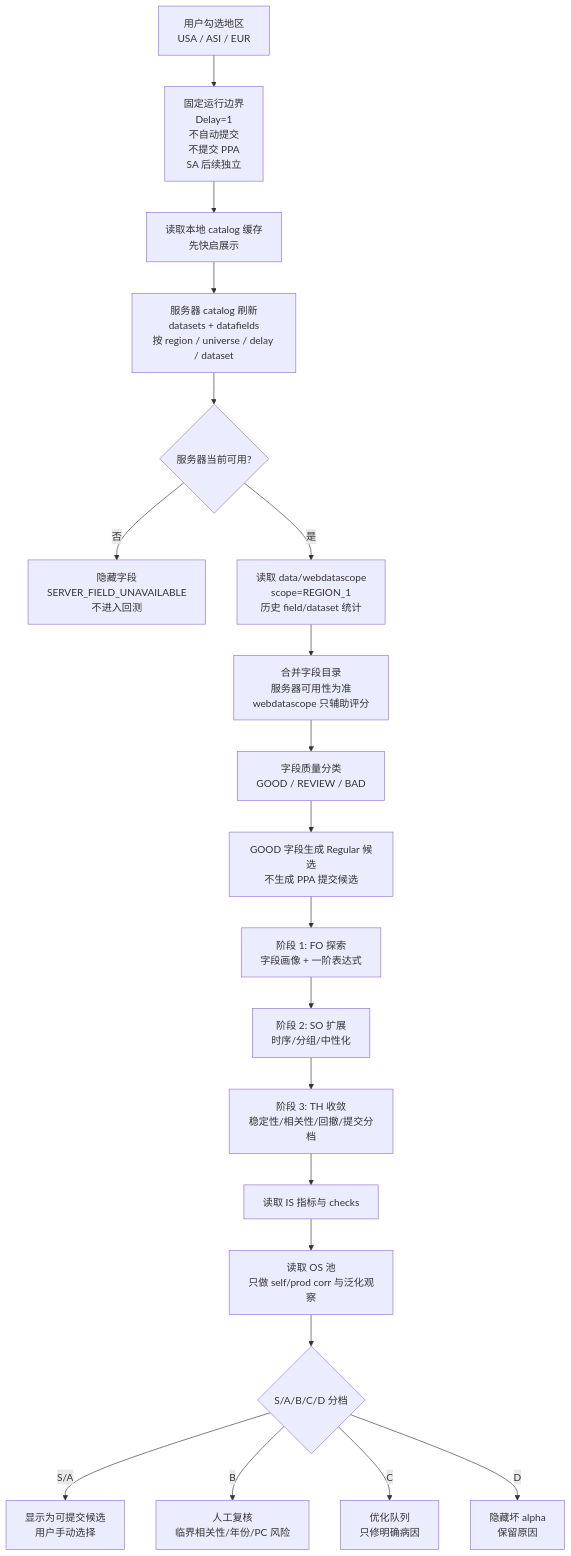
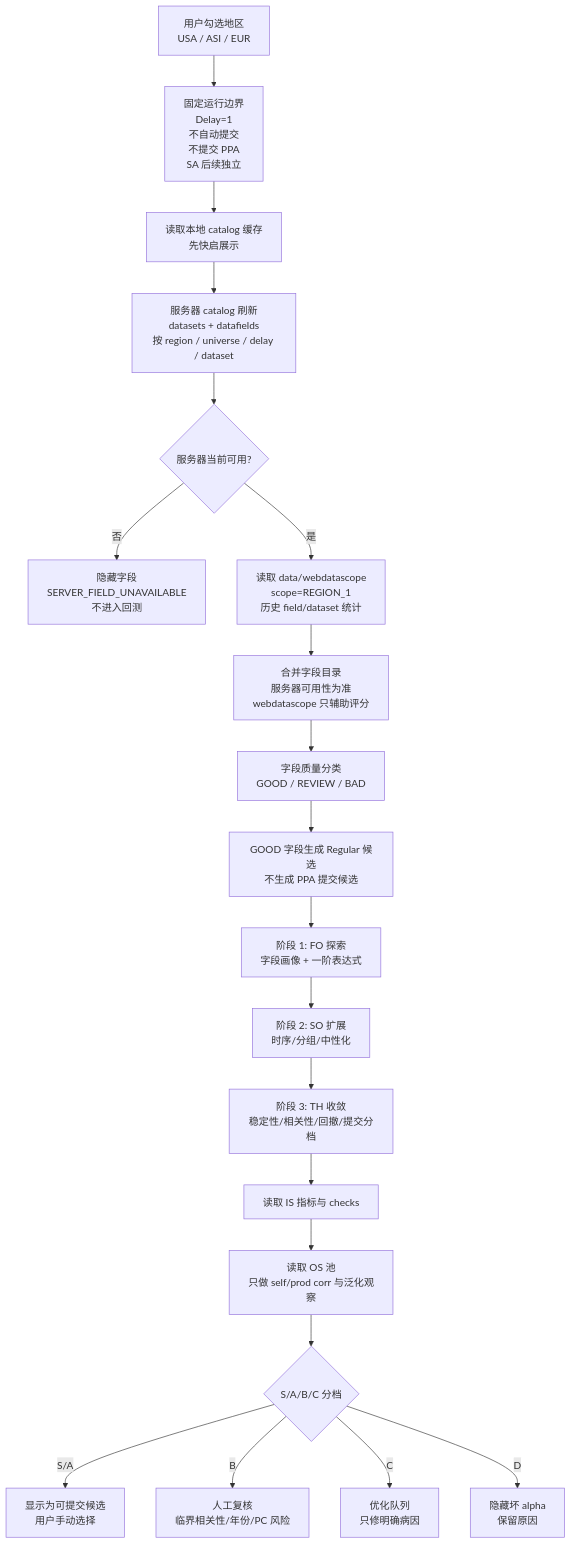
Before and after one commit to LuckDogGuan/WQ-Consultant: the first of 3 diagrams in doc/workflow/candidate_submission_workflow.md, drawn with Mermaid. The commit also changed other lines of this file and 35 other files, not shown here.

````diff
--- a/doc/workflow/candidate_submission_workflow.md
+++ b/doc/workflow/candidate_submission_workflow.md
@@ -98,22 +98,22 @@
 ```mermaid
 flowchart TD
     A["用户勾选地区<br/>USA / ASI / EUR"] --> B["固定运行边界<br/>Delay=1<br/>不自动提交<br/>不提交 PPA<br/>SA 后续独立"]
     B --> C["读取本地 catalog 缓存<br/>先快启展示"]
     C --> D["服务器 catalog 刷新<br/>datasets + datafields<br/>按 region / universe / delay / dataset"]
     D --> E{"服务器当前可用?"}
     E -->|否| E1["隐藏字段<br/>SERVER_FIELD_UNAVAILABLE<br/>不进入回测"]
     E -->|是| F["读取 data/webdatascope<br/>scope=REGION_1<br/>历史 field/dataset 统计"]
     F --> G["合并字段目录<br/>服务器可用性为准<br/>webdatascope 只辅助评分"]
     G --> H["字段质量分类<br/>GOOD / REVIEW / BAD"]
     H --> I["GOOD 字段生成 Regular 候选<br/>不生成 PPA 提交候选"]
     I --> J["阶段 1: FO 探索<br/>字段画像 + 一阶表达式"]
     J --> K["阶段 2: SO 扩展<br/>时序/分组/中性化"]
     K --> L["阶段 3: TH 收敛<br/>稳定性/相关性/回撤/提交分档"]
     L --> M["读取 IS 指标与 checks"]
     M --> N["读取 OS 池<br/>只做 self/prod corr 与泛化观察"]
-    N --> O{"S/A/B/C/D 分档"}
+    N --> O{"S/A/B/C 分档"}
     O -->|S/A| P["显示为可提交候选<br/>用户手动选择"]
     O -->|B| Q["人工复核<br/>临界相关性/年份/PC 风险"]
     O -->|C| R["优化队列<br/>只修明确病因"]
     O -->|D| S["隐藏坏 alpha<br/>保留原因"]
 ```
````
